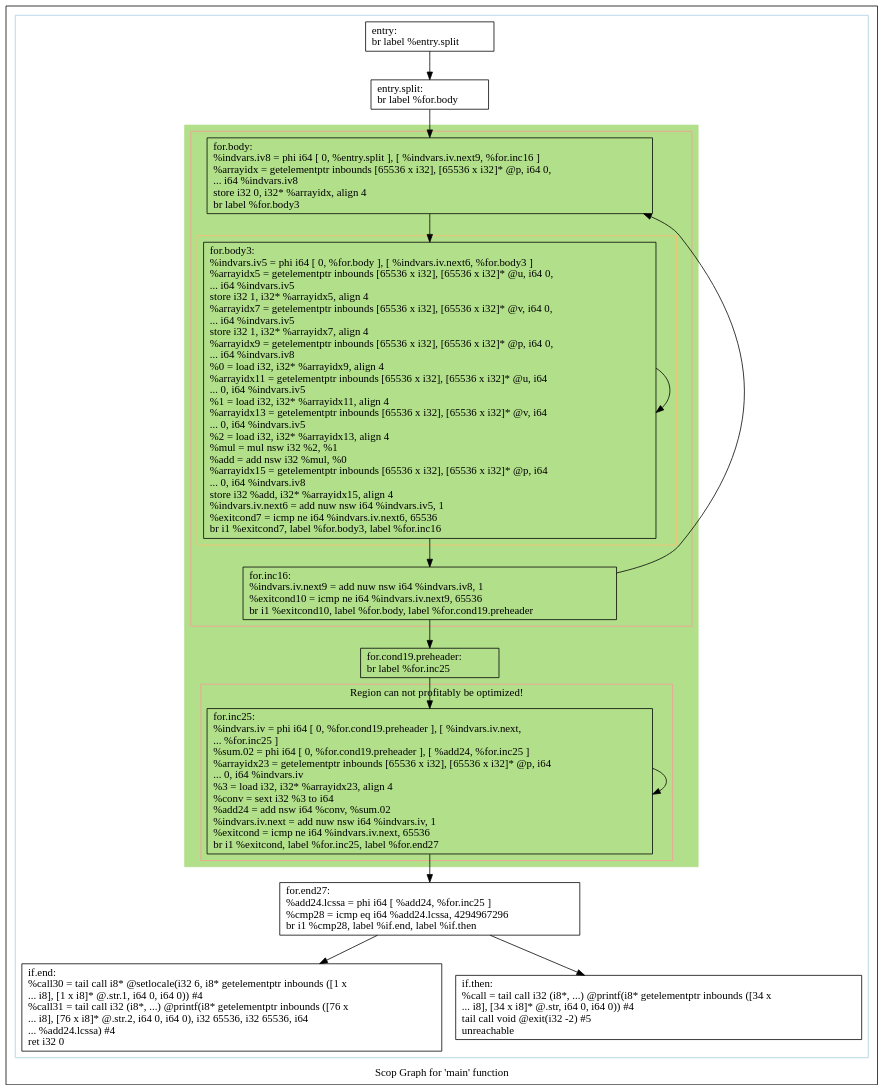
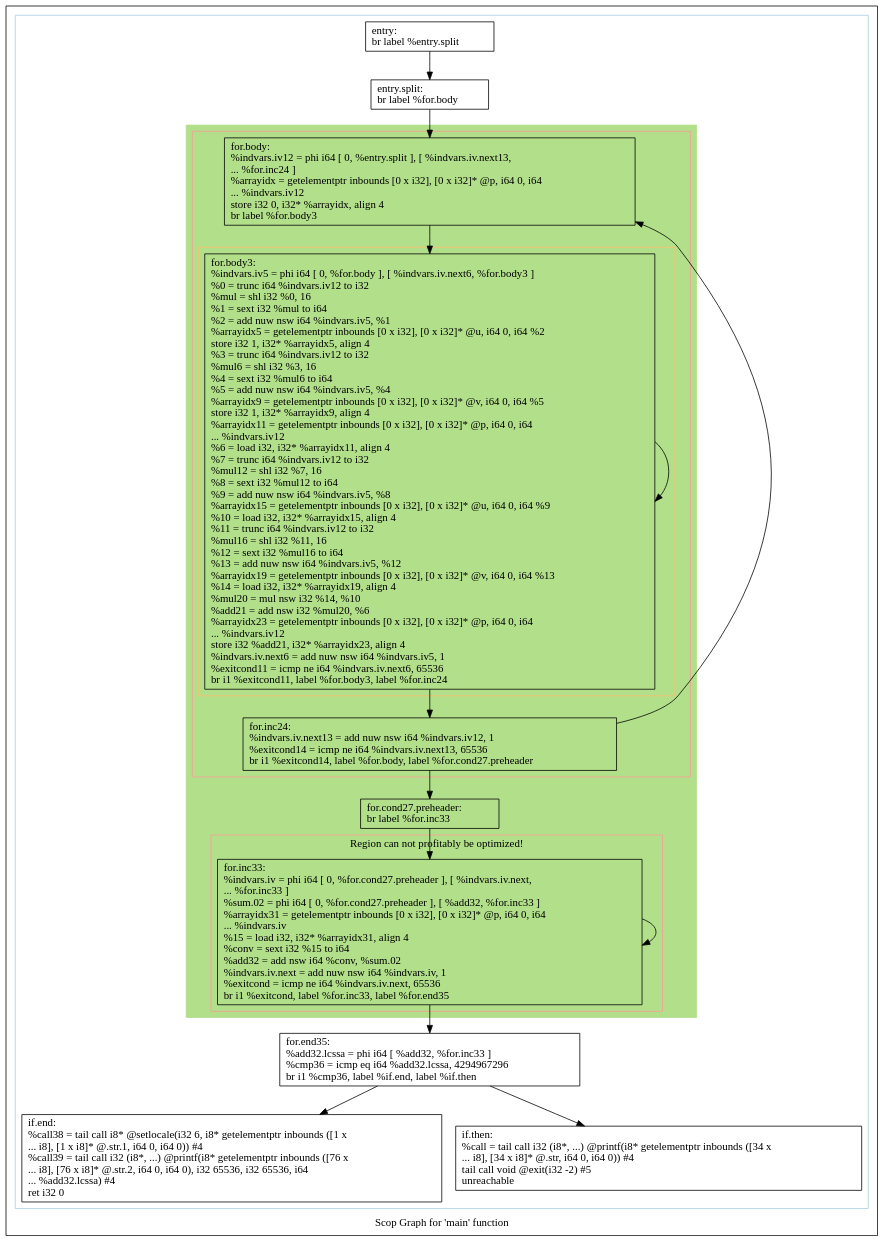
One commit to samminweng/WhileyOpenCL changed the diagram in polly/VectorMult/impl/handwritten/dot/scops.main.dot. Above: the diagram before and after it, drawn with Graphviz. The commit also changed 9 other files, not shown here.

```diff
--- a/polly/VectorMult/impl/handwritten/dot/scops.main.dot
+++ b/polly/VectorMult/impl/handwritten/dot/scops.main.dot
@@ -1,61 +1,61 @@
 digraph "Scop Graph for 'main' function" {
 	label="Scop Graph for 'main' function";
 
-	Node0x530cc50 [shape=record,label="{entry:\l  br label %entry.split\l}"];
-	Node0x530cc50 -> Node0x530cf10;
-	Node0x530cf10 [shape=record,label="{entry.split:                                      \l  br label %for.body\l}"];
-	Node0x530cf10 -> Node0x530cd70;
-	Node0x530cd70 [shape=record,label="{for.body:                                         \l  %indvars.iv8 = phi i64 [ 0, %entry.split ], [ %indvars.iv.next9, %for.inc16 ]\l  %arrayidx = getelementptr inbounds [65536 x i32], [65536 x i32]* @p, i64 0,\l... i64 %indvars.iv8\l  store i32 0, i32* %arrayidx, align 4\l  br label %for.body3\l}"];
-	Node0x530cd70 -> Node0x531f900;
-	Node0x531f900 [shape=record,label="{for.body3:                                        \l  %indvars.iv5 = phi i64 [ 0, %for.body ], [ %indvars.iv.next6, %for.body3 ]\l  %arrayidx5 = getelementptr inbounds [65536 x i32], [65536 x i32]* @u, i64 0,\l... i64 %indvars.iv5\l  store i32 1, i32* %arrayidx5, align 4\l  %arrayidx7 = getelementptr inbounds [65536 x i32], [65536 x i32]* @v, i64 0,\l... i64 %indvars.iv5\l  store i32 1, i32* %arrayidx7, align 4\l  %arrayidx9 = getelementptr inbounds [65536 x i32], [65536 x i32]* @p, i64 0,\l... i64 %indvars.iv8\l  %0 = load i32, i32* %arrayidx9, align 4\l  %arrayidx11 = getelementptr inbounds [65536 x i32], [65536 x i32]* @u, i64\l... 0, i64 %indvars.iv5\l  %1 = load i32, i32* %arrayidx11, align 4\l  %arrayidx13 = getelementptr inbounds [65536 x i32], [65536 x i32]* @v, i64\l... 0, i64 %indvars.iv5\l  %2 = load i32, i32* %arrayidx13, align 4\l  %mul = mul nsw i32 %2, %1\l  %add = add nsw i32 %mul, %0\l  %arrayidx15 = getelementptr inbounds [65536 x i32], [65536 x i32]* @p, i64\l... 0, i64 %indvars.iv8\l  store i32 %add, i32* %arrayidx15, align 4\l  %indvars.iv.next6 = add nuw nsw i64 %indvars.iv5, 1\l  %exitcond7 = icmp ne i64 %indvars.iv.next6, 65536\l  br i1 %exitcond7, label %for.body3, label %for.inc16\l}"];
-	Node0x531f900 -> Node0x531f900[constraint=false];
-	Node0x531f900 -> Node0x531b1b0;
-	Node0x531b1b0 [shape=record,label="{for.inc16:                                        \l  %indvars.iv.next9 = add nuw nsw i64 %indvars.iv8, 1\l  %exitcond10 = icmp ne i64 %indvars.iv.next9, 65536\l  br i1 %exitcond10, label %for.body, label %for.cond19.preheader\l}"];
-	Node0x531b1b0 -> Node0x530cd70[constraint=false];
-	Node0x531b1b0 -> Node0x531d260;
-	Node0x531d260 [shape=record,label="{for.cond19.preheader:                             \l  br label %for.inc25\l}"];
-	Node0x531d260 -> Node0x531f890;
-	Node0x531f890 [shape=record,label="{for.inc25:                                        \l  %indvars.iv = phi i64 [ 0, %for.cond19.preheader ], [ %indvars.iv.next,\l... %for.inc25 ]\l  %sum.02 = phi i64 [ 0, %for.cond19.preheader ], [ %add24, %for.inc25 ]\l  %arrayidx23 = getelementptr inbounds [65536 x i32], [65536 x i32]* @p, i64\l... 0, i64 %indvars.iv\l  %3 = load i32, i32* %arrayidx23, align 4\l  %conv = sext i32 %3 to i64\l  %add24 = add nsw i64 %conv, %sum.02\l  %indvars.iv.next = add nuw nsw i64 %indvars.iv, 1\l  %exitcond = icmp ne i64 %indvars.iv.next, 65536\l  br i1 %exitcond, label %for.inc25, label %for.end27\l}"];
-	Node0x531f890 -> Node0x531f890[constraint=false];
-	Node0x531f890 -> Node0x531d100;
-	Node0x531d100 [shape=record,label="{for.end27:                                        \l  %add24.lcssa = phi i64 [ %add24, %for.inc25 ]\l  %cmp28 = icmp eq i64 %add24.lcssa, 4294967296\l  br i1 %cmp28, label %if.end, label %if.then\l}"];
-	Node0x531d100 -> Node0x531eaf0;
-	Node0x531d100 -> Node0x531d200;
-	Node0x531eaf0 [shape=record,label="{if.end:                                           \l  %call30 = tail call i8* @setlocale(i32 6, i8* getelementptr inbounds ([1 x\l... i8], [1 x i8]* @.str.1, i64 0, i64 0)) #4\l  %call31 = tail call i32 (i8*, ...) @printf(i8* getelementptr inbounds ([76 x\l... i8], [76 x i8]* @.str.2, i64 0, i64 0), i32 65536, i32 65536, i64\l... %add24.lcssa) #4\l  ret i32 0\l}"];
-	Node0x531d200 [shape=record,label="{if.then:                                          \l  %call = tail call i32 (i8*, ...) @printf(i8* getelementptr inbounds ([34 x\l... i8], [34 x i8]* @.str, i64 0, i64 0)) #4\l  tail call void @exit(i32 -2) #5\l  unreachable\l}"];
+	Node0x523b450 [shape=record,label="{entry:\l  br label %entry.split\l}"];
+	Node0x523b450 -> Node0x524df10;
+	Node0x524df10 [shape=record,label="{entry.split:                                      \l  br label %for.body\l}"];
+	Node0x524df10 -> Node0x523b570;
+	Node0x523b570 [shape=record,label="{for.body:                                         \l  %indvars.iv12 = phi i64 [ 0, %entry.split ], [ %indvars.iv.next13,\l... %for.inc24 ]\l  %arrayidx = getelementptr inbounds [0 x i32], [0 x i32]* @p, i64 0, i64\l... %indvars.iv12\l  store i32 0, i32* %arrayidx, align 4\l  br label %for.body3\l}"];
+	Node0x523b570 -> Node0x5250170;
+	Node0x5250170 [shape=record,label="{for.body3:                                        \l  %indvars.iv5 = phi i64 [ 0, %for.body ], [ %indvars.iv.next6, %for.body3 ]\l  %0 = trunc i64 %indvars.iv12 to i32\l  %mul = shl i32 %0, 16\l  %1 = sext i32 %mul to i64\l  %2 = add nuw nsw i64 %indvars.iv5, %1\l  %arrayidx5 = getelementptr inbounds [0 x i32], [0 x i32]* @u, i64 0, i64 %2\l  store i32 1, i32* %arrayidx5, align 4\l  %3 = trunc i64 %indvars.iv12 to i32\l  %mul6 = shl i32 %3, 16\l  %4 = sext i32 %mul6 to i64\l  %5 = add nuw nsw i64 %indvars.iv5, %4\l  %arrayidx9 = getelementptr inbounds [0 x i32], [0 x i32]* @v, i64 0, i64 %5\l  store i32 1, i32* %arrayidx9, align 4\l  %arrayidx11 = getelementptr inbounds [0 x i32], [0 x i32]* @p, i64 0, i64\l... %indvars.iv12\l  %6 = load i32, i32* %arrayidx11, align 4\l  %7 = trunc i64 %indvars.iv12 to i32\l  %mul12 = shl i32 %7, 16\l  %8 = sext i32 %mul12 to i64\l  %9 = add nuw nsw i64 %indvars.iv5, %8\l  %arrayidx15 = getelementptr inbounds [0 x i32], [0 x i32]* @u, i64 0, i64 %9\l  %10 = load i32, i32* %arrayidx15, align 4\l  %11 = trunc i64 %indvars.iv12 to i32\l  %mul16 = shl i32 %11, 16\l  %12 = sext i32 %mul16 to i64\l  %13 = add nuw nsw i64 %indvars.iv5, %12\l  %arrayidx19 = getelementptr inbounds [0 x i32], [0 x i32]* @v, i64 0, i64 %13\l  %14 = load i32, i32* %arrayidx19, align 4\l  %mul20 = mul nsw i32 %14, %10\l  %add21 = add nsw i32 %mul20, %6\l  %arrayidx23 = getelementptr inbounds [0 x i32], [0 x i32]* @p, i64 0, i64\l... %indvars.iv12\l  store i32 %add21, i32* %arrayidx23, align 4\l  %indvars.iv.next6 = add nuw nsw i64 %indvars.iv5, 1\l  %exitcond11 = icmp ne i64 %indvars.iv.next6, 65536\l  br i1 %exitcond11, label %for.body3, label %for.inc24\l}"];
+	Node0x5250170 -> Node0x5250170[constraint=false];
+	Node0x5250170 -> Node0x5249c50;
+	Node0x5249c50 [shape=record,label="{for.inc24:                                        \l  %indvars.iv.next13 = add nuw nsw i64 %indvars.iv12, 1\l  %exitcond14 = icmp ne i64 %indvars.iv.next13, 65536\l  br i1 %exitcond14, label %for.body, label %for.cond27.preheader\l}"];
+	Node0x5249c50 -> Node0x523b570[constraint=false];
+	Node0x5249c50 -> Node0x524dc10;
+	Node0x524dc10 [shape=record,label="{for.cond27.preheader:                             \l  br label %for.inc33\l}"];
+	Node0x524dc10 -> Node0x524d7b0;
+	Node0x524d7b0 [shape=record,label="{for.inc33:                                        \l  %indvars.iv = phi i64 [ 0, %for.cond27.preheader ], [ %indvars.iv.next,\l... %for.inc33 ]\l  %sum.02 = phi i64 [ 0, %for.cond27.preheader ], [ %add32, %for.inc33 ]\l  %arrayidx31 = getelementptr inbounds [0 x i32], [0 x i32]* @p, i64 0, i64\l... %indvars.iv\l  %15 = load i32, i32* %arrayidx31, align 4\l  %conv = sext i32 %15 to i64\l  %add32 = add nsw i64 %conv, %sum.02\l  %indvars.iv.next = add nuw nsw i64 %indvars.iv, 1\l  %exitcond = icmp ne i64 %indvars.iv.next, 65536\l  br i1 %exitcond, label %for.inc33, label %for.end35\l}"];
+	Node0x524d7b0 -> Node0x524d7b0[constraint=false];
+	Node0x524d7b0 -> Node0x524def0;
+	Node0x524def0 [shape=record,label="{for.end35:                                        \l  %add32.lcssa = phi i64 [ %add32, %for.inc33 ]\l  %cmp36 = icmp eq i64 %add32.lcssa, 4294967296\l  br i1 %cmp36, label %if.end, label %if.then\l}"];
+	Node0x524def0 -> Node0x524d410;
+	Node0x524def0 -> Node0x524f1f0;
+	Node0x524d410 [shape=record,label="{if.end:                                           \l  %call38 = tail call i8* @setlocale(i32 6, i8* getelementptr inbounds ([1 x\l... i8], [1 x i8]* @.str.1, i64 0, i64 0)) #4\l  %call39 = tail call i32 (i8*, ...) @printf(i8* getelementptr inbounds ([76 x\l... i8], [76 x i8]* @.str.2, i64 0, i64 0), i32 65536, i32 65536, i64\l... %add32.lcssa) #4\l  ret i32 0\l}"];
+	Node0x524f1f0 [shape=record,label="{if.then:                                          \l  %call = tail call i32 (i8*, ...) @printf(i8* getelementptr inbounds ([34 x\l... i8], [34 x i8]* @.str, i64 0, i64 0)) #4\l  tail call void @exit(i32 -2) #5\l  unreachable\l}"];
 	colorscheme = "paired12"
-        subgraph cluster_0x530cbd0 {
+        subgraph cluster_0x523b3d0 {
           label = "";
           style = solid;
           color = 1
-          subgraph cluster_0x531e5c0 {
+          subgraph cluster_0x524eeb0 {
             label = "";
             style = filled;
-            color = 3            subgraph cluster_0x530dfb0 {
+            color = 3            subgraph cluster_0x523c7b0 {
               label = "";
               style = solid;
               color = 5
-              subgraph cluster_0x530df30 {
+              subgraph cluster_0x523c730 {
                 label = "";
                 style = solid;
                 color = 7
-                Node0x531f900;
+                Node0x5250170;
               }
-              Node0x530cd70;
-              Node0x531b1b0;
+              Node0x523b570;
+              Node0x5249c50;
             }
-            subgraph cluster_0x530ccf0 {
+            subgraph cluster_0x523b4f0 {
               label = "Region can not profitably be optimized!";
               style = solid;
               color = 5
-              Node0x531f890;
+              Node0x524d7b0;
             }
-            Node0x531d260;
+            Node0x524dc10;
           }
-          Node0x530cc50;
-          Node0x530cf10;
-          Node0x531d100;
-          Node0x531eaf0;
-          Node0x531d200;
+          Node0x523b450;
+          Node0x524df10;
+          Node0x524def0;
+          Node0x524d410;
+          Node0x524f1f0;
         }
 }
```
